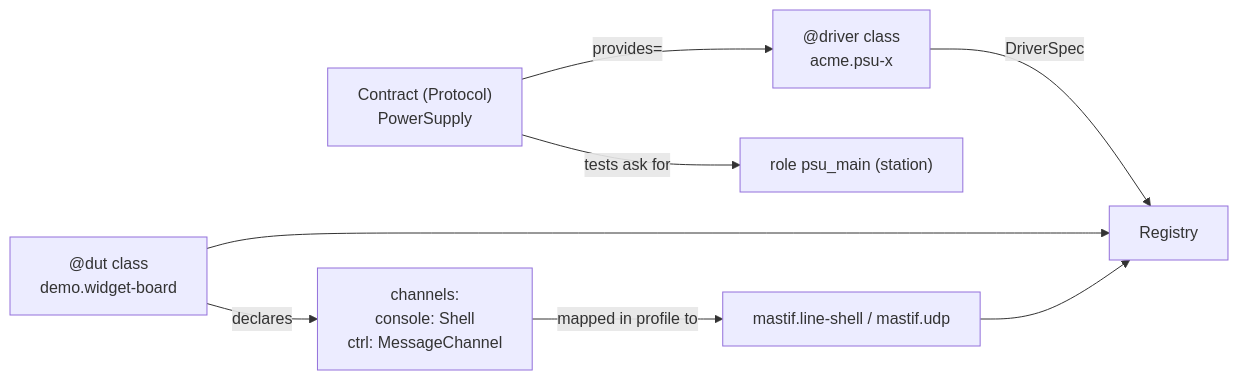
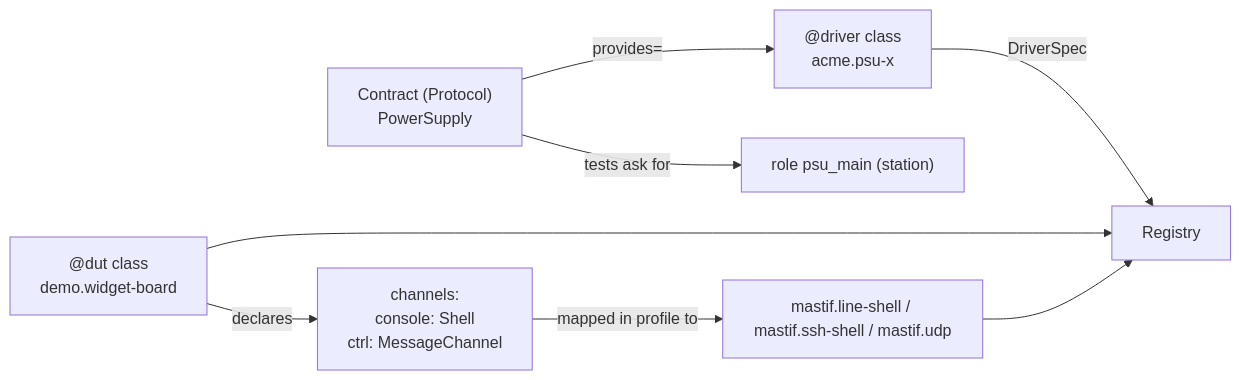
One commit to PuglyD/mastif changed the first of 2 diagrams in docs/wiki/resources.md. Above: the diagram before and after it, drawn with Mermaid. The commit also changed other lines of this file and 36 other files, not shown here.

First line of the commit message:
feat(resources): add Telnet and SSH transports and the ssh-shell channel

````diff
--- a/docs/wiki/resources.md
+++ b/docs/wiki/resources.md
@@ -22,10 +22,10 @@
 ```mermaid
 flowchart LR
     contract["Contract (Protocol)\nPowerSupply"] -->|provides=| drv["@driver class\nacme.psu-x"]
     contract -->|tests ask for| role["role psu_main (station)"]
     drv -->|DriverSpec| reg[Registry]
     dutc["@dut class\ndemo.widget-board"] -->|declares| ch["channels:\nconsole: Shell\nctrl: MessageChannel"]
-    ch -->|mapped in profile to| bi["mastif.line-shell / mastif.udp"]
+    ch -->|mapped in profile to| bi["mastif.line-shell / mastif.ssh-shell / mastif.udp"]
     dutc --> reg
     bi --> reg
 ```
````
